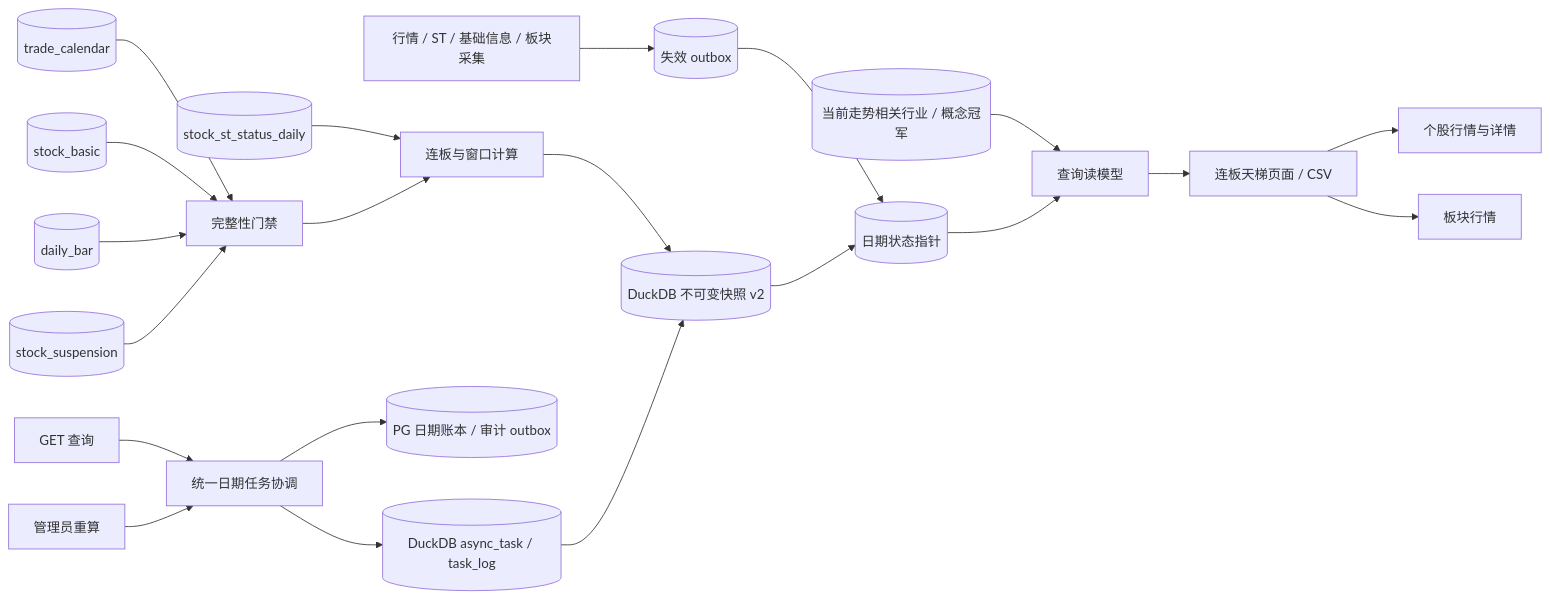
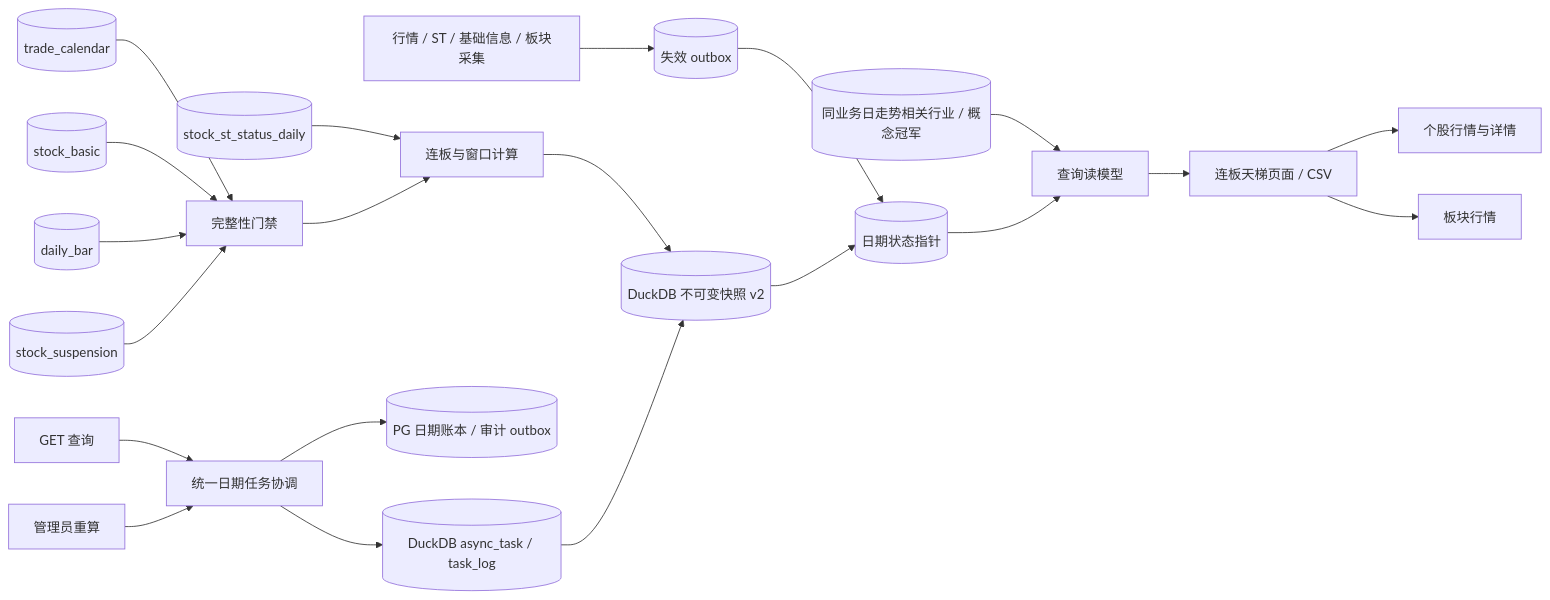
One commit to fulin-peng-ydxs/ai-stocks changed the diagram in agent-works/architecture/limit-ladder.md. Above: the diagram before and after it, drawn with Mermaid. The commit also changed other lines of this file and 32 other files, not shown here.

````diff
--- a/agent-works/architecture/limit-ladder.md
+++ b/agent-works/architecture/limit-ladder.md
@@ -26,23 +26,23 @@
 ```mermaid
 flowchart LR
   CAL[(trade_calendar)] --> GATE[完整性门禁]
   BASIC[(stock_basic)] --> GATE
   BAR[(daily_bar)] --> GATE
   SUSP[(stock_suspension)] --> GATE
   ST[(stock_st_status_daily)] --> CALC[连板与窗口计算]
   GATE --> CALC
   CALC --> SNAP[(DuckDB 不可变快照 v2)]
   INGEST[行情 / ST / 基础信息 / 板块采集] --> INV[(失效 outbox)]
   INV --> STATE[(日期状态指针)]
   SNAP --> STATE
   GET[GET 查询] --> COORD[统一日期任务协调]
   ADMIN[管理员重算] --> COORD
   COORD --> LEDGER[(PG 日期账本 / 审计 outbox)]
   COORD --> TASK[(DuckDB async_task / task_log)]
   TASK --> SNAP
-  CORR[(当前走势相关行业 / 概念冠军)] --> QUERY[查询读模型]
+  CORR[(同业务日走势相关行业 / 概念冠军)] --> QUERY[查询读模型]
   STATE --> QUERY
   QUERY --> PAGE[连板天梯页面 / CSV]
   PAGE --> STOCK[个股行情与详情]
   PAGE --> SECTOR[板块行情]
 ```
````
